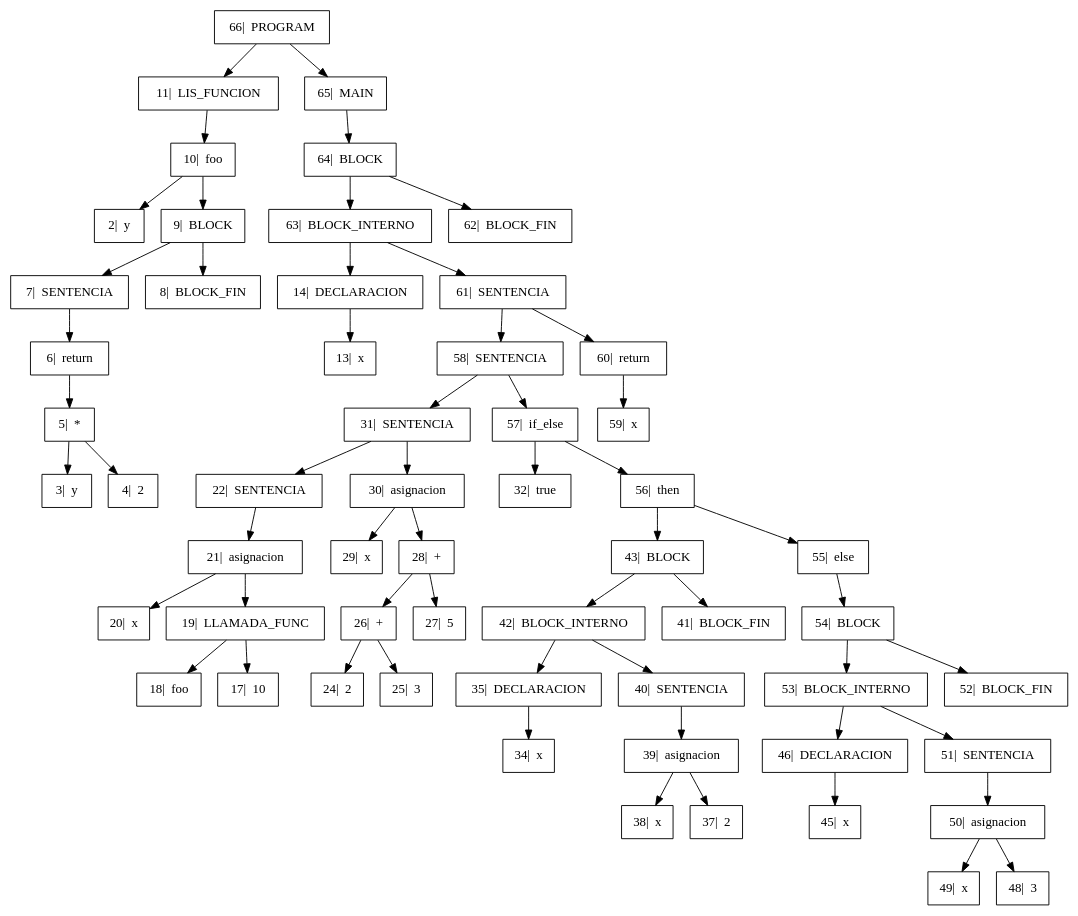
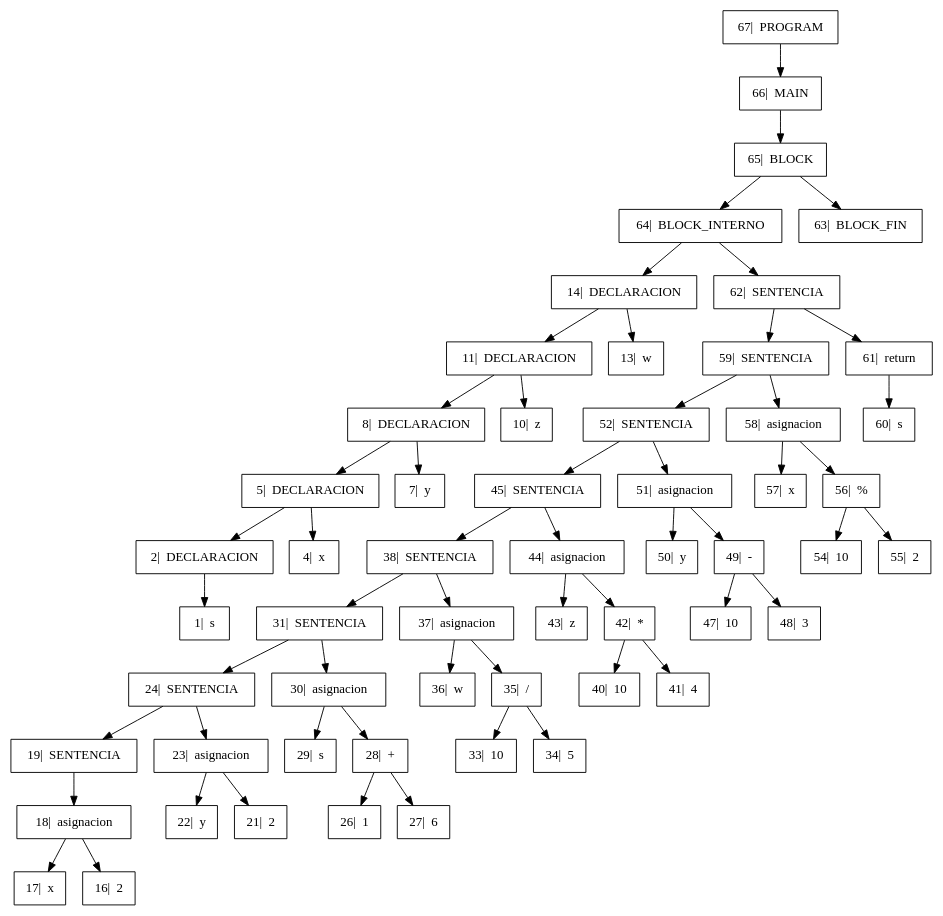
One commit to GiovA07/PRE-PROYECTO-COMPILADORES changed the diagram in Proyecto/output/Arbol.dot. Above: the diagram before and after it, drawn with Graphviz. The commit also changed 8 other files, not shown here.

```diff
--- a/Proyecto/output/Arbol.dot
+++ b/Proyecto/output/Arbol.dot
@@ -1,40 +1,36 @@
 digraph{
 
 rankdir=TB;
 
 node[shape=box];
-"66|  PROGRAM" -> "11|  LIS_FUNCION", "65|  MAIN";
-"11|  LIS_FUNCION" -> "10|  foo" ;
-"10|  foo" -> "2|  y", "9|  BLOCK";
-"9|  BLOCK" -> "7|  SENTENCIA", "8|  BLOCK_FIN";
-"7|  SENTENCIA" -> "6|  return" ;
-"6|  return" -> "5|  *" ;
-"5|  *" -> "3|  y", "4|  2";
-"65|  MAIN" -> "64|  BLOCK" ;
-"64|  BLOCK" -> "63|  BLOCK_INTERNO", "62|  BLOCK_FIN";
-"63|  BLOCK_INTERNO" -> "14|  DECLARACION", "61|  SENTENCIA";
-"14|  DECLARACION" -> "13|  x" ;
-"61|  SENTENCIA" -> "58|  SENTENCIA", "60|  return";
-"58|  SENTENCIA" -> "31|  SENTENCIA", "57|  if_else";
-"31|  SENTENCIA" -> "22|  SENTENCIA", "30|  asignacion";
-"22|  SENTENCIA" -> "21|  asignacion" ;
-"21|  asignacion" -> "20|  x", "19|  LLAMADA_FUNC";
-"19|  LLAMADA_FUNC" -> "18|  foo", "17|  10";
-"30|  asignacion" -> "29|  x", "28|  +";
-"28|  +" -> "26|  +", "27|  5";
-"26|  +" -> "24|  2", "25|  3";
-"57|  if_else" -> "32|  true", "56|  then";
-"56|  then" -> "43|  BLOCK", "55|  else";
-"43|  BLOCK" -> "42|  BLOCK_INTERNO", "41|  BLOCK_FIN";
-"42|  BLOCK_INTERNO" -> "35|  DECLARACION", "40|  SENTENCIA";
-"35|  DECLARACION" -> "34|  x" ;
-"40|  SENTENCIA" -> "39|  asignacion" ;
-"39|  asignacion" -> "38|  x", "37|  2";
-"55|  else" -> "54|  BLOCK" ;
-"54|  BLOCK" -> "53|  BLOCK_INTERNO", "52|  BLOCK_FIN";
-"53|  BLOCK_INTERNO" -> "46|  DECLARACION", "51|  SENTENCIA";
-"46|  DECLARACION" -> "45|  x" ;
-"51|  SENTENCIA" -> "50|  asignacion" ;
-"50|  asignacion" -> "49|  x", "48|  3";
-"60|  return" -> "59|  x" ;
+"67|  PROGRAM" -> "66|  MAIN" ;
+"66|  MAIN" -> "65|  BLOCK" ;
+"65|  BLOCK" -> "64|  BLOCK_INTERNO", "63|  BLOCK_FIN";
+"64|  BLOCK_INTERNO" -> "14|  DECLARACION", "62|  SENTENCIA";
+"14|  DECLARACION" -> "11|  DECLARACION", "13|  w";
+"11|  DECLARACION" -> "8|  DECLARACION", "10|  z";
+"8|  DECLARACION" -> "5|  DECLARACION", "7|  y";
+"5|  DECLARACION" -> "2|  DECLARACION", "4|  x";
+"2|  DECLARACION" -> "1|  s" ;
+"62|  SENTENCIA" -> "59|  SENTENCIA", "61|  return";
+"59|  SENTENCIA" -> "52|  SENTENCIA", "58|  asignacion";
+"52|  SENTENCIA" -> "45|  SENTENCIA", "51|  asignacion";
+"45|  SENTENCIA" -> "38|  SENTENCIA", "44|  asignacion";
+"38|  SENTENCIA" -> "31|  SENTENCIA", "37|  asignacion";
+"31|  SENTENCIA" -> "24|  SENTENCIA", "30|  asignacion";
+"24|  SENTENCIA" -> "19|  SENTENCIA", "23|  asignacion";
+"19|  SENTENCIA" -> "18|  asignacion" ;
+"18|  asignacion" -> "17|  x", "16|  2";
+"23|  asignacion" -> "22|  y", "21|  2";
+"30|  asignacion" -> "29|  s", "28|  +";
+"28|  +" -> "26|  1", "27|  6";
+"37|  asignacion" -> "36|  w", "35|  /";
+"35|  /" -> "33|  10", "34|  5";
+"44|  asignacion" -> "43|  z", "42|  *";
+"42|  *" -> "40|  10", "41|  4";
+"51|  asignacion" -> "50|  y", "49|  -";
+"49|  -" -> "47|  10", "48|  3";
+"58|  asignacion" -> "57|  x", "56|  %";
+"56|  %" -> "54|  10", "55|  2";
+"61|  return" -> "60|  s" ;
 }
```
